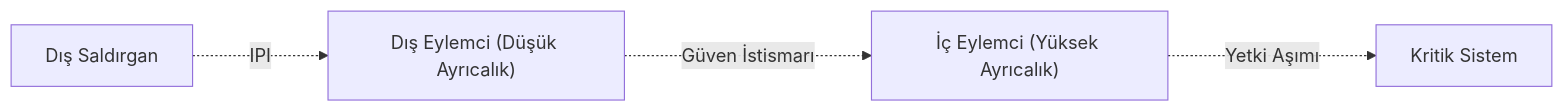
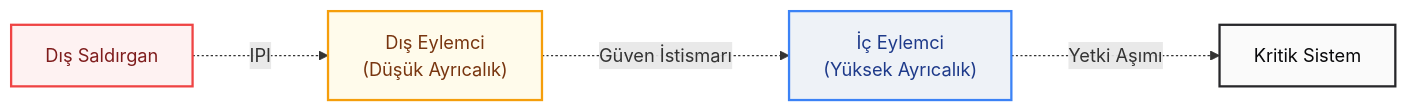
The third of 3 diagrams in website/content/agentic-ai-protocols-security-vulnerabilities/tr.md (yusufarbc/yusufarbc), drawn with Mermaid before and after one commit. The commit also changed other lines of this file and 1 other file, not shown here.

````diff
--- a/website/content/agentic-ai-protocols-security-vulnerabilities/tr.md
+++ b/website/content/agentic-ai-protocols-security-vulnerabilities/tr.md
@@ -336,6 +429,17 @@
 ```mermaid
 graph LR
-    A["Dış Saldırgan"] -..->|IPI| B["Dış Eylemci (Düşük Ayrıcalık)"]
-    B -..->|Güven İstismarı| C["İç Eylemci (Yüksek Ayrıcalık)"]
+    %% Stil Tanımları
+    classDef threat fill:#fef2f2,stroke:#ef4444,stroke-width:2px,color:#7f1d1d;
+    classDef lowPriv fill:#fffbeb,stroke:#f59e0b,stroke-width:2px,color:#78350f;
+    classDef highPriv fill:#eef2f7,stroke:#3b82f6,stroke-width:2px,color:#1e3a8a;
+    classDef critical fill:#fafafa,stroke:#27272a,stroke-width:2px,color:#09090b;
+
+    A["Dış Saldırgan"] -..->|IPI| B["Dış Eylemci <br>(Düşük Ayrıcalık)"]
+    B -..->|Güven İstismarı| C["İç Eylemci <br>(Yüksek Ayrıcalık)"]
     C -..->|Yetki Aşımı| D["Kritik Sistem"]
+
+    class A threat;
+    class B lowPriv;
+    class C highPriv;
+    class D critical;
 ```
````
